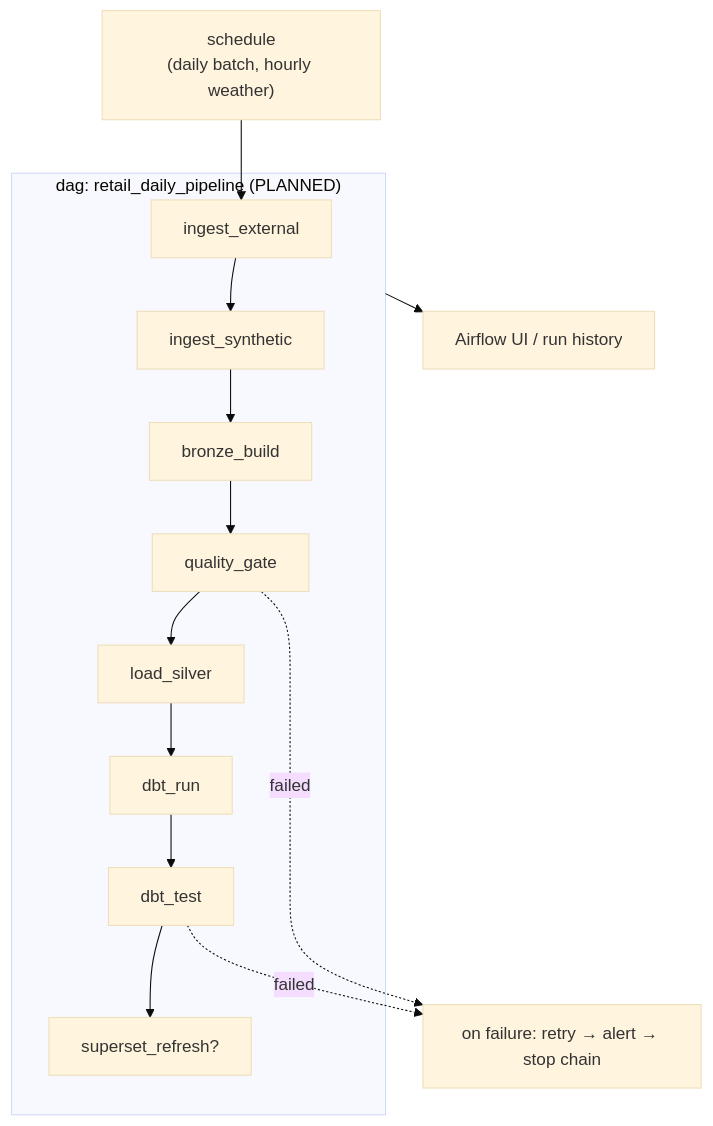
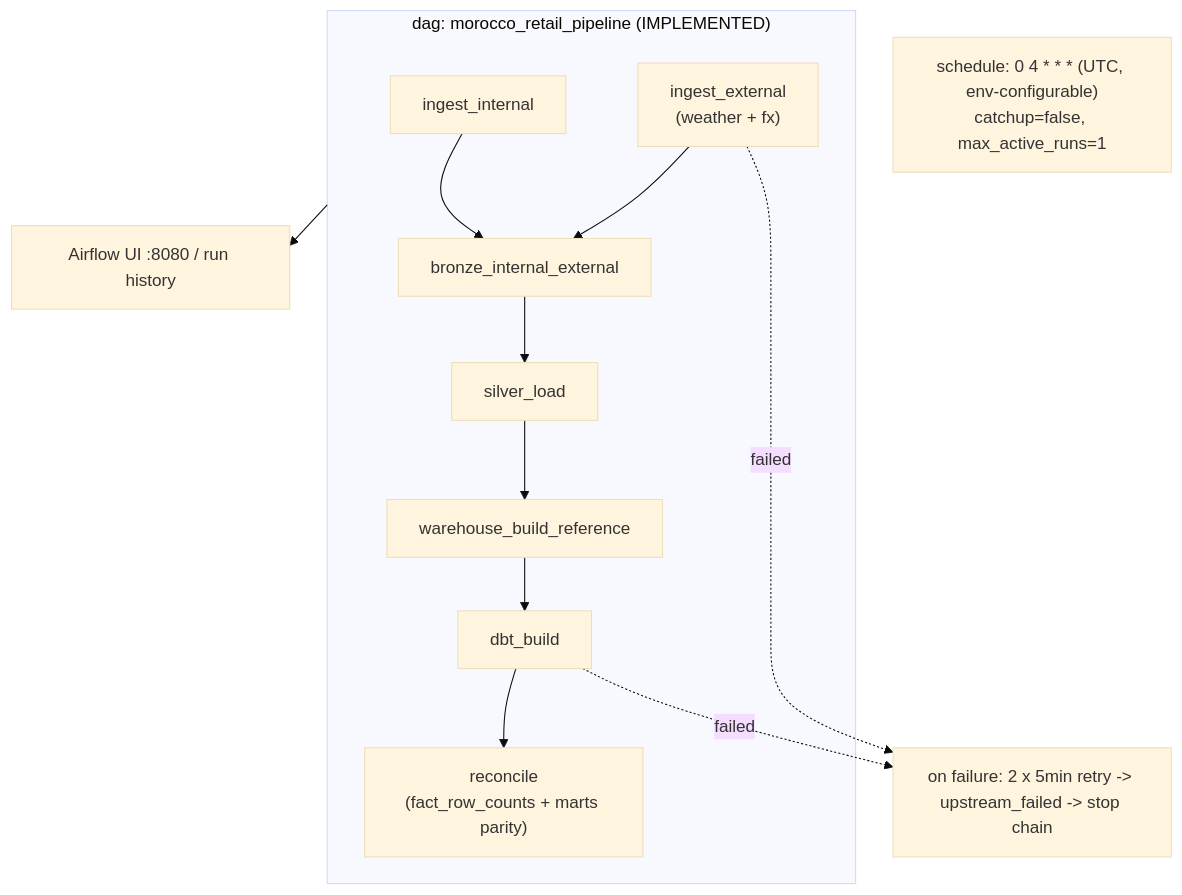
The first of 3 diagrams in docs/architecture/orchestration.md (youssefelbajoury/morocco-retail-intelligence-data-platform), drawn with Mermaid (base theme) before and after one commit. The commit also changed other lines of this file and 286 other files, not shown here.

Commit message:
feat: deliver Morocco retail intelligence data platform

````diff
--- a/docs/architecture/orchestration.md
+++ b/docs/architecture/orchestration.md
@@ -12,21 +15,22 @@
 ```mermaid
 flowchart TB
-    TRIG["schedule<br/>(daily batch, hourly weather)"]
-    subgraph DAG["dag: retail_daily_pipeline (PLANNED)"]
-        T1["ingest_external"]
-        T2["ingest_synthetic"]
-        T3["bronze_build"]
-        T4["quality_gate"]
-        T5["load_silver"]
-        T6["dbt_run"]
-        T7["dbt_test"]
-        T8["superset_refresh?"]
+    TRIG["schedule: 0 4 * * * (UTC, env-configurable)<br/>catchup=false, max_active_runs=1"]
+    subgraph DAG["dag: morocco_retail_pipeline (IMPLEMENTED)"]
+        T1["ingest_internal"]
+        T2["ingest_external<br/>(weather + fx)"]
+        T3["bronze_internal_external"]
+        T5["silver_load"]
+        T6["warehouse_build_reference"]
+        T7["dbt_build"]
+        T8["reconcile<br/>(fact_row_counts + marts parity)"]
     end
-    ERR["on failure: retry → alert → stop chain"]
-    UI["Airflow UI / run history"]
+    ERR["on failure: 2 x 5min retry -> upstream_failed -> stop chain"]
+    UI["Airflow UI :8080 / run history"]
 
-    TRIG --> T1 --> T2 --> T3 --> T4 --> T5 --> T6 --> T7 --> T8
-    T4 -.->|failed| ERR
+    T1 --> T3
+    T2 --> T3
+    T3 --> T5 --> T6 --> T7 --> T8
+    T2 -.->|failed| ERR
     T7 -.->|failed| ERR
     DAG --> UI
 ```
````
